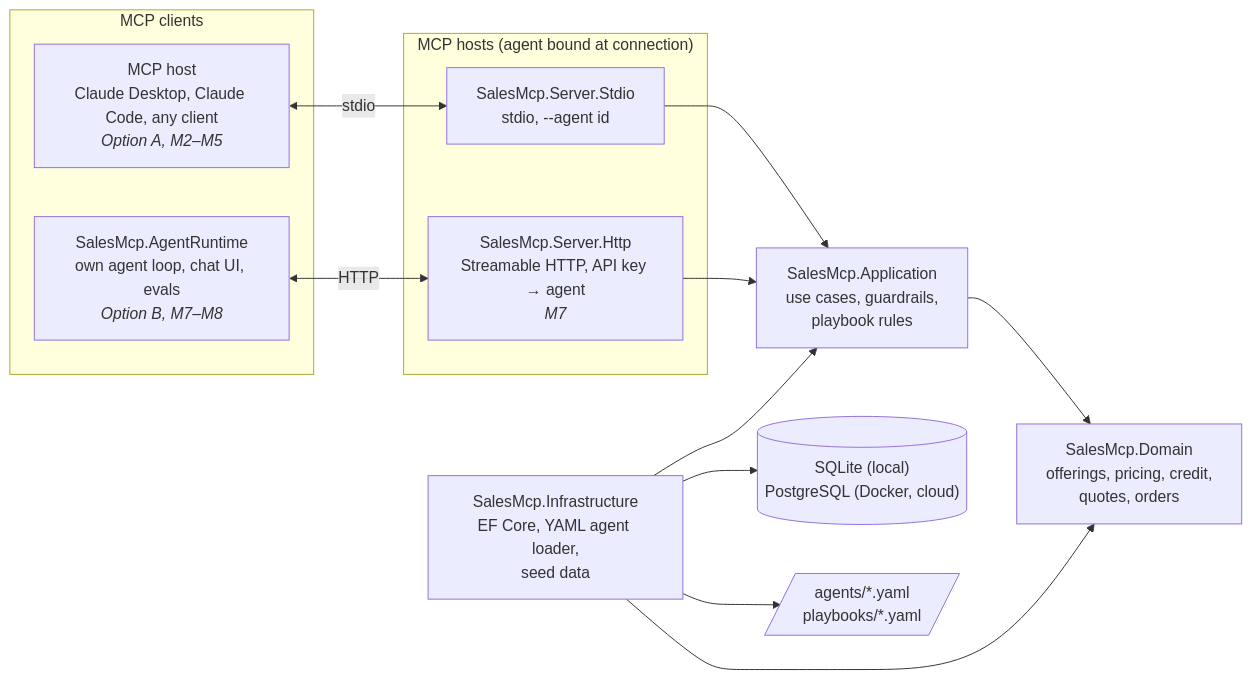
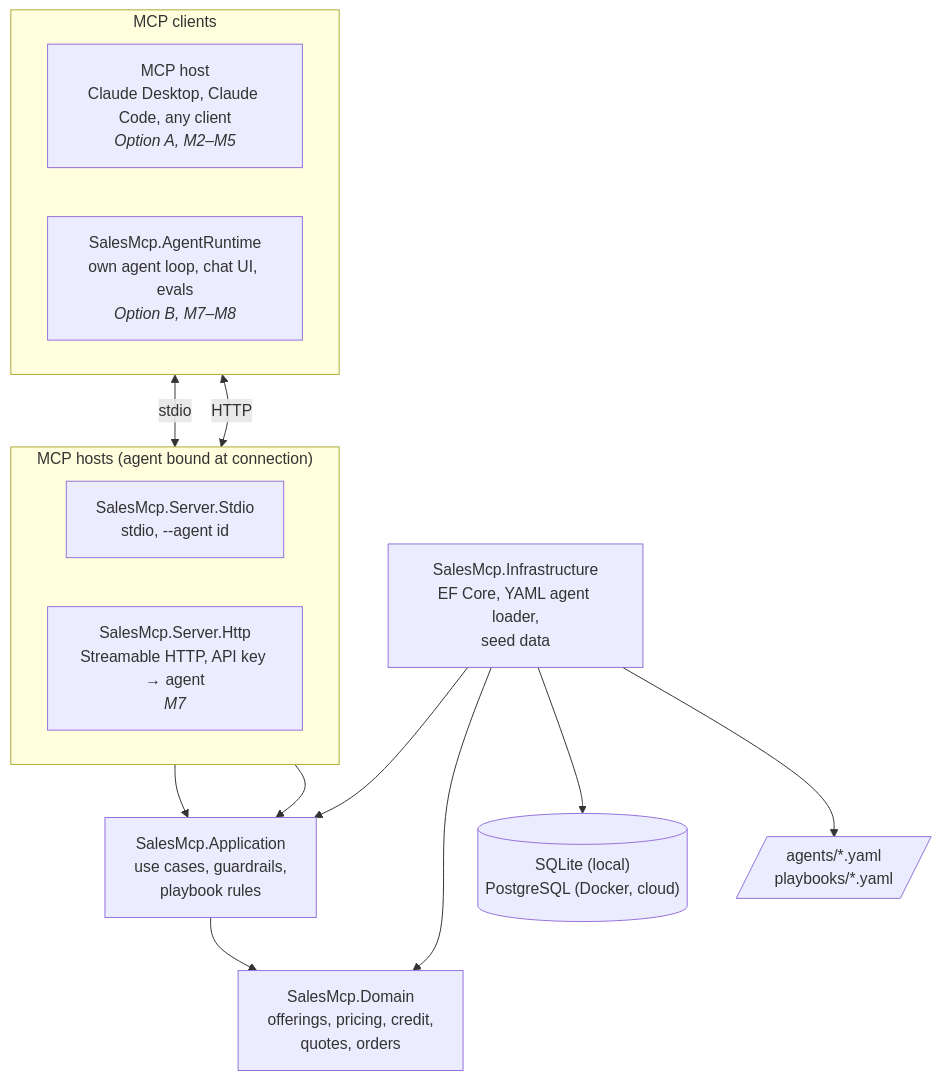
The diagram in README.md (azharxkhan/sales-mcp), drawn with Mermaid before and after one commit.

Commit message:
docs: lay out README diagram top to bottom so it renders at full size

````diff
--- a/README.md
+++ b/README.md
@@ -21,28 +21,30 @@
 ```mermaid
-flowchart LR
+flowchart TB
     subgraph clients["MCP clients"]
+        direction LR
         host["MCP host<br/>Claude Desktop, Claude Code, any client<br/><i>Option A, M2–M5</i>"]
         runtime["SalesMcp.AgentRuntime<br/>own agent loop, chat UI, evals<br/><i>Option B, M7–M8</i>"]
     end
 
     subgraph hosts["MCP hosts (agent bound at connection)"]
+        direction LR
         stdio["SalesMcp.Server.Stdio<br/>stdio, --agent id"]
         http["SalesMcp.Server.Http<br/>Streamable HTTP, API key → agent<br/><i>M7</i>"]
     end
 
     app["SalesMcp.Application<br/>use cases, guardrails,<br/>playbook rules"]
     domain["SalesMcp.Domain<br/>offerings, pricing, credit,<br/>quotes, orders"]
     infra["SalesMcp.Infrastructure<br/>EF Core, YAML agent loader,<br/>seed data"]
     db[("SQLite (local)<br/>PostgreSQL (Docker, cloud)")]
     files[/"agents/*.yaml<br/>playbooks/*.yaml"/]
 
     host <-->|stdio| stdio
     runtime <-->|HTTP| http
     stdio --> app
     http --> app
     app --> domain
     infra --> app
     infra --> domain
     infra --> db
     infra --> files
 ```
````
